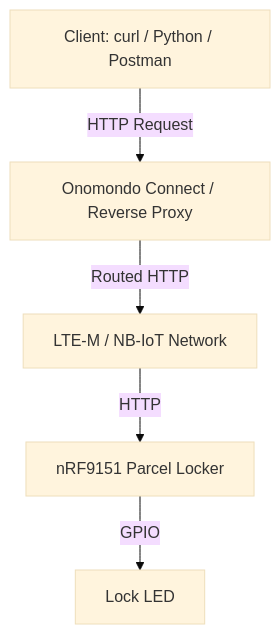
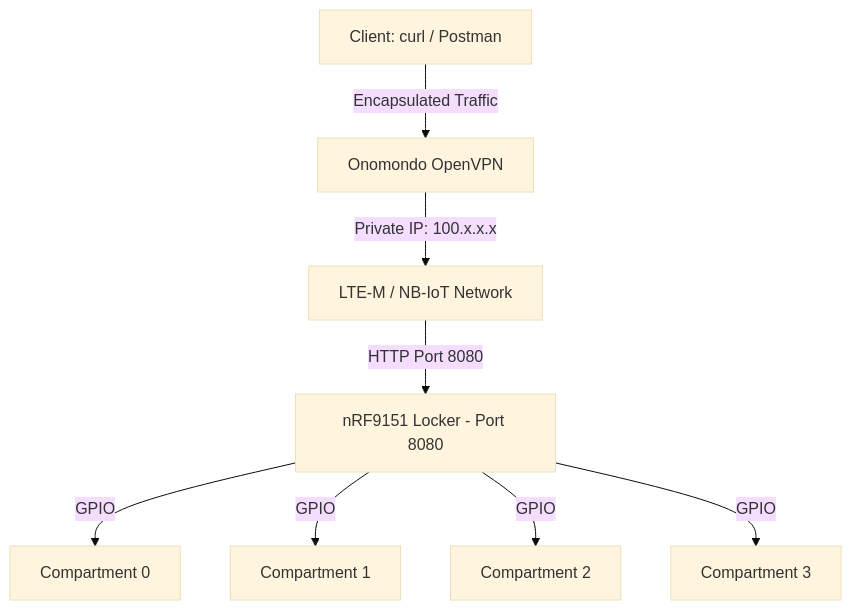
Before and after one commit to maxxlife/cellular-locker-app: the diagram in README.md, drawn with Mermaid (base theme). The commit also changed other lines of this file and 1 other file, not shown here.

````diff
--- a/README.md
+++ b/README.md
@@ -7,12 +13,15 @@
 ```mermaid
 graph TD
-    Client[Client: curl / Python / Postman]
+    Client[Client: curl / Postman]
+    VPN[Onomondo OpenVPN]
     LTE[LTE-M / NB-IoT Network]
-    Locker[nRF9151 Parcel Locker]
-    Proxy[Onomondo Connect / Reverse Proxy]
-
-    Client -->|HTTP Request| Proxy
-    Proxy -->|Routed HTTP| LTE
-    LTE -->|HTTP| Locker
-    Locker -->|GPIO| LED[Lock LED]
+    Locker[nRF9151 Locker - Port 8080]
+    
+    Client -->|Encapsulated Traffic| VPN
+    VPN -->|Private IP: 100.x.x.x| LTE
+    LTE -->|HTTP Port 8080| Locker
+    Locker -->|GPIO| LED0[Compartment 0]
+    Locker -->|GPIO| LED1[Compartment 1]
+    Locker -->|GPIO| LED2[Compartment 2]
+    Locker -->|GPIO| LED3[Compartment 3]
 ```
````
